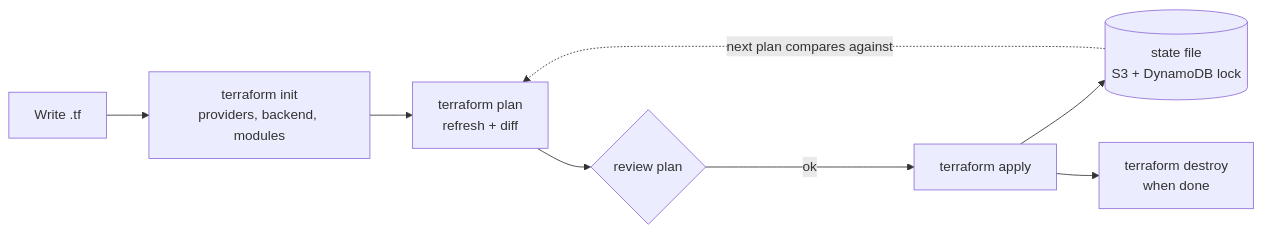
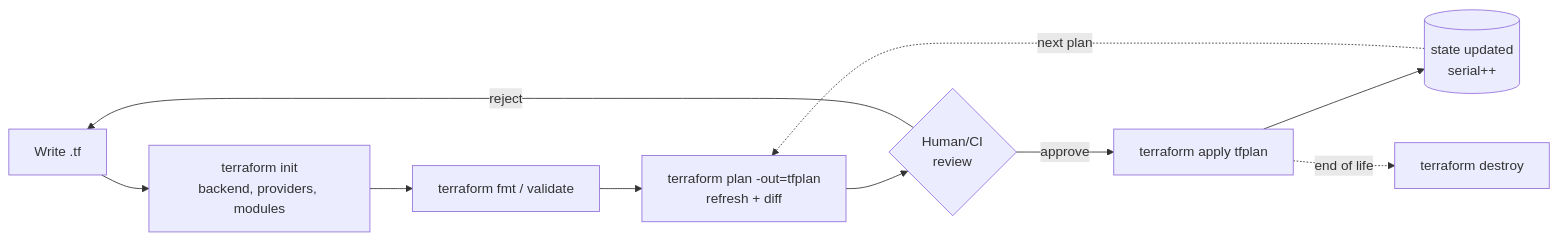
Before and after one commit to aadarsh-nagrath/DevOps-Cloud: the second of 2 diagrams in Terraform and CF/terraform.md, drawn with Mermaid. The commit also changed other lines of this file and 34 other files, not shown here.

````diff
--- a/Terraform and CF/terraform.md
+++ b/Terraform and CF/terraform.md
@@ -73,10 +144,12 @@
 ```mermaid
 flowchart LR
-    W[Write .tf] --> I[terraform init<br/>providers, backend, modules]
-    I --> P[terraform plan<br/>refresh + diff]
-    P --> REV{review plan}
-    REV -->|ok| A[terraform apply]
-    A --> ST[(state file<br/>S3 + DynamoDB lock)]
-    ST -.->|next plan compares against| P
-    A --> D[terraform destroy<br/>when done]
+    W["Write .tf"] --> I["terraform init<br/>backend, providers, modules"]
+    I --> V["terraform fmt / validate"]
+    V --> P["terraform plan -out=tfplan<br/>refresh + diff"]
+    P --> R{"Human/CI<br/>review"}
+    R -->|approve| A["terraform apply tfplan"]
+    R -->|reject| W
+    A --> S[("state updated<br/>serial++")]
+    S -.->|next plan| P
+    A -.->|end of life| D["terraform destroy"]
 ```
````
